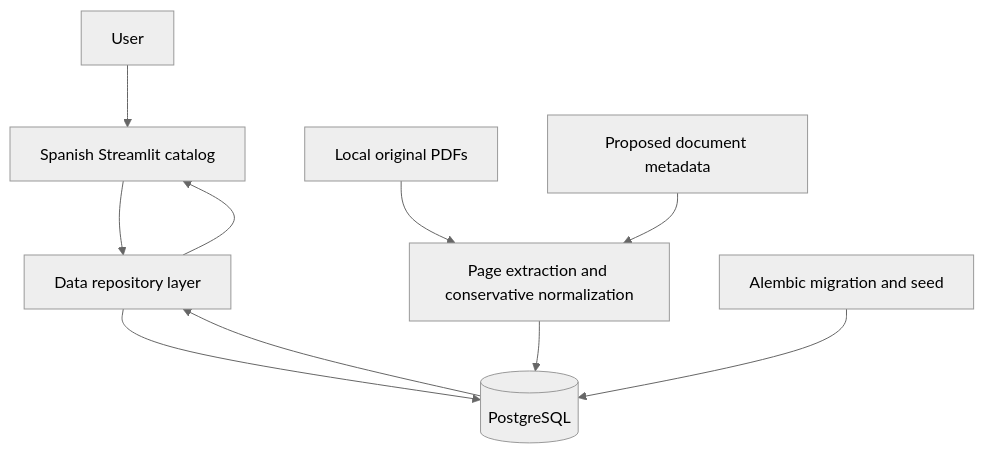
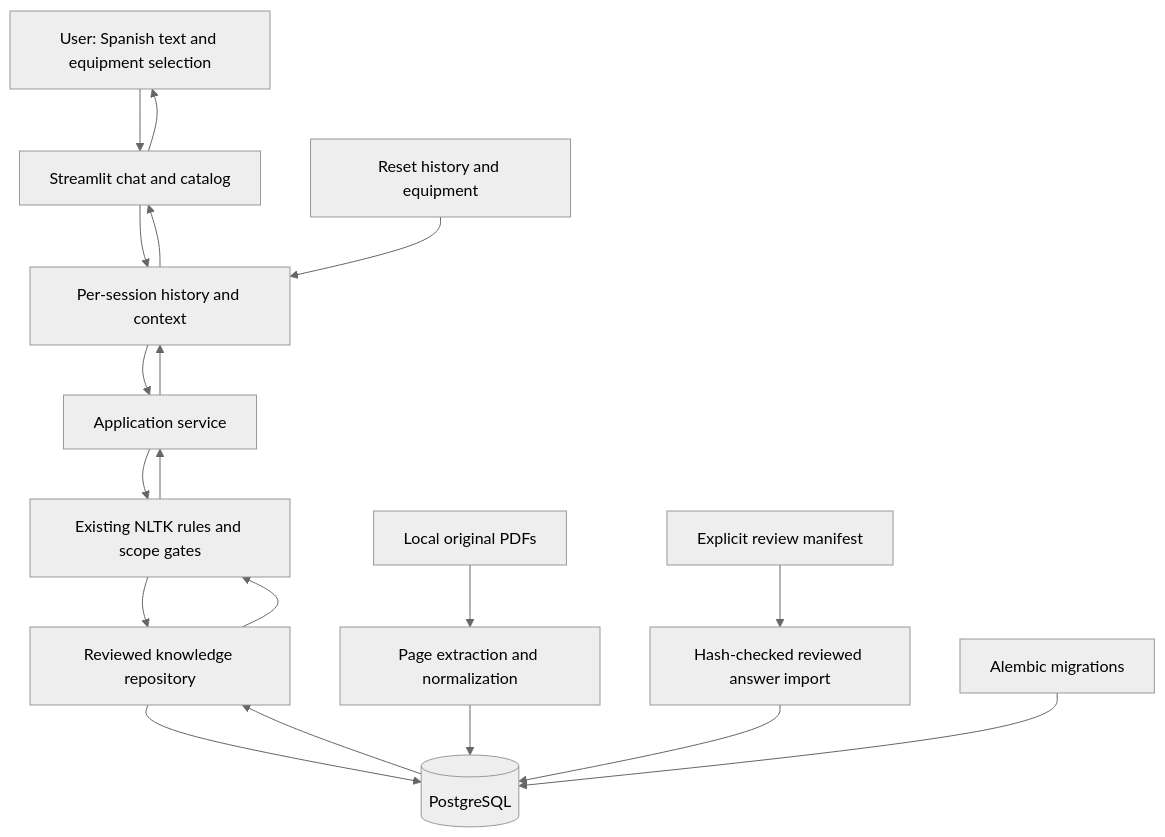
One commit to Praxisinfinitum/TechnicalNexus changed the diagram in avance1roadmap.md. Above: the diagram before and after it, drawn with Mermaid (neutral theme). The commit also changed other lines of this file and 13 other files, not shown here.

Commit message:
Integrate phase three Streamlit chat with isolated session state

````diff
--- a/avance1roadmap.md
+++ b/avance1roadmap.md
@@ -162,12 +162,21 @@
 ```mermaid
 flowchart TD
-    USER[User] --> UI[Spanish Streamlit catalog]
-    UI --> REPO[Data repository layer]
+    USER[User: Spanish text and equipment selection] --> UI[Streamlit chat and catalog]
+    UI --> STATE[Per-session history and context]
+    STATE --> SERVICE[Application service]
+    SERVICE --> RULES[Existing NLTK rules and scope gates]
+    RULES --> REPO[Reviewed knowledge repository]
     REPO --> DB[(PostgreSQL)]
     DB --> REPO
-    REPO --> UI
-    PDF[Local original PDFs] --> IMPORT[Page extraction and conservative normalization]
-    MANIFEST[Proposed document metadata] --> IMPORT
+    REPO --> RULES
+    RULES --> SERVICE
+    SERVICE --> STATE
+    STATE --> UI
+    UI --> USER
+    RESET[Reset history and equipment] --> STATE
+    PDF[Local original PDFs] --> IMPORT[Page extraction and normalization]
+    REVIEW[Explicit review manifest] --> SEED[Hash-checked reviewed answer import]
     IMPORT --> DB
-    MIG[Alembic migration and seed] --> DB
+    SEED --> DB
+    MIG[Alembic migrations] --> DB
 ```
````
